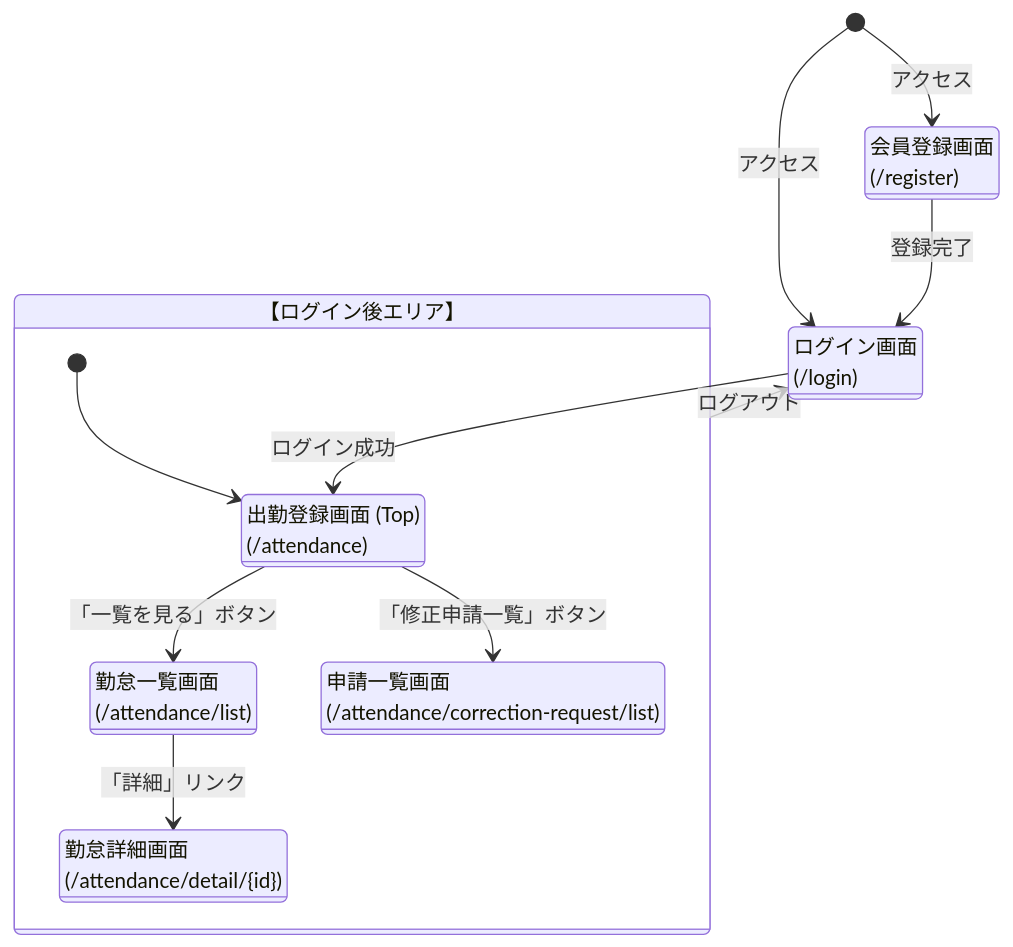
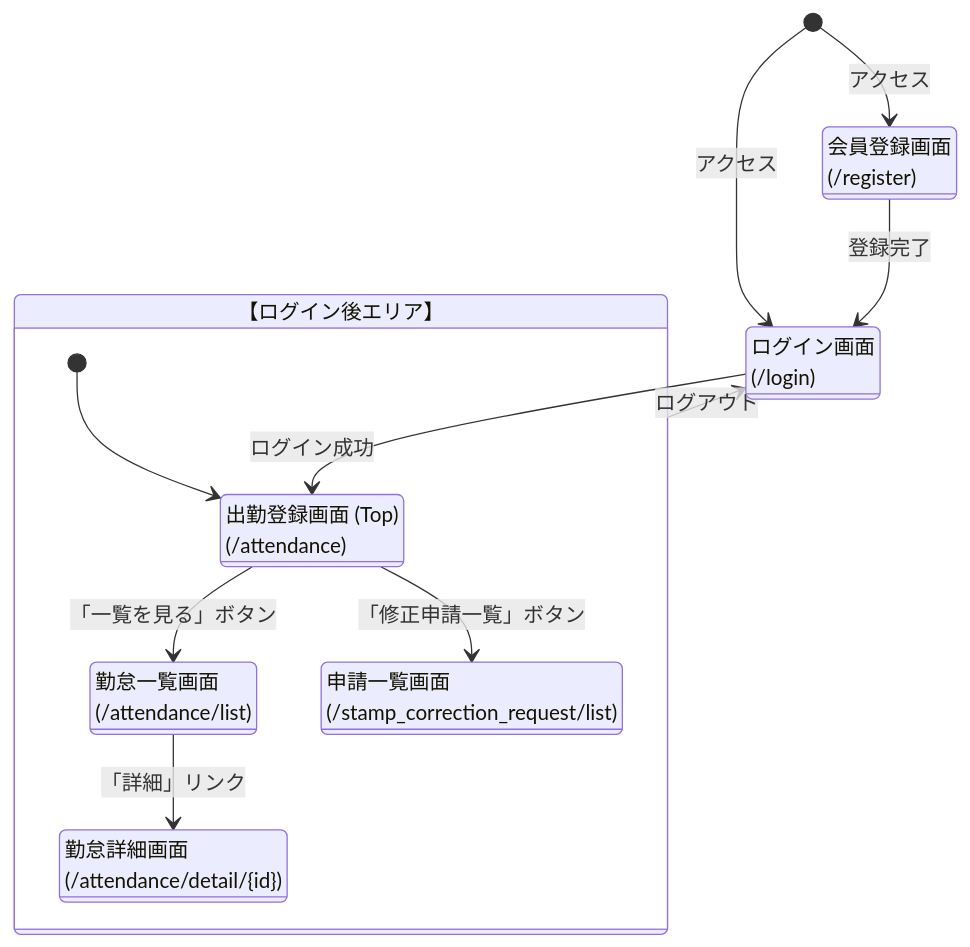
One commit to Ryusei05274/attendance-app changed the diagram in docs/User Flow (Mermaid Code).md. Above: the diagram before and after it, drawn with Mermaid. The commit also changed 22 other files, not shown here.

Commit message:
docs: READMEにER図を追加

````diff
--- a/docs/User Flow (Mermaid Code).md
+++ b/docs/User Flow (Mermaid Code).md
@@ -1,29 +1,29 @@
 ```mermaid
 stateDiagram-v2
     %% スタイル定義
     classDef unauth fill:#fff,stroke:#333,stroke-width:2px;
     classDef user fill:#fff9c4,stroke:#fbc02d,stroke-width:2px;
 
     [*] --> 会員登録画面 : アクセス
     [*] --> ログイン画面 : アクセス
 
     state "会員登録画面\n(/register)" as 会員登録画面:::unauth
     state "ログイン画面\n(/login)" as ログイン画面:::unauth
 
     会員登録画面 --> ログイン画面 : 登録完了
 
     state "【ログイン後エリア】" as ログイン後エリア {
         state "出勤登録画面 (Top)\n(/attendance)" as 出勤登録画面:::user
         state "勤怠一覧画面\n(/attendance/list)" as 勤怠一覧画面:::user
         state "勤怠詳細画面\n(/attendance/detail/{id})" as 勤怠詳細画面:::user
-        state "申請一覧画面\n(/attendance/correction-request/list)" as 申請一覧画面:::user
+        state "申請一覧画面\n(/stamp_correction_request/list)" as 申請一覧画面:::user
 
         [*] --> 出勤登録画面
         出勤登録画面 --> 勤怠一覧画面 : 「一覧を見る」ボタン
         勤怠一覧画面 --> 勤怠詳細画面 : 「詳細」リンク
         出勤登録画面 --> 申請一覧画面 : 「修正申請一覧」ボタン
     }
 
     ログイン画面 --> 出勤登録画面 : ログイン成功
     ログイン後エリア --> ログイン画面 : ログアウト
 ```
````
